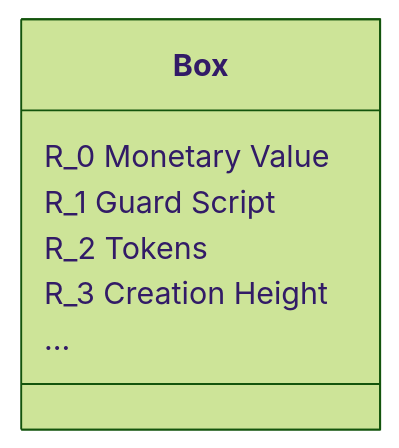
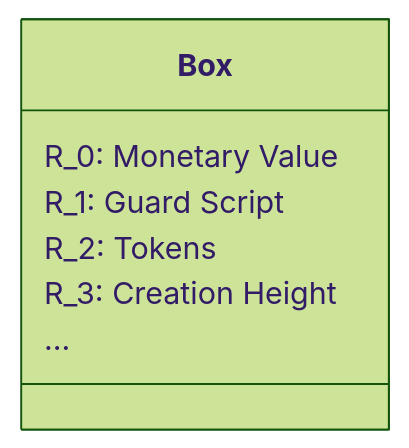
One commit to RalfWeiss/ergo-course-summary changed the first of 3 diagrams in ergoscript/data-model.md. Above: the diagram before and after it, drawn with Mermaid (forest theme). The commit also changed other lines of this file and 11 other files, not shown here.

Commit message:
trying different flow

````diff
--- a/ergoscript/data-model.md
+++ b/ergoscript/data-model.md
@@ -9,10 +9,10 @@
 ```mermaid
 classDiagram
 class Box{
-    R_0 Monetary Value
-    R_1 Guard Script
-    R_2 Tokens
-    R_3 Creation Height
+    R_0: Monetary Value
+    R_1: Guard Script
+    R_2: Tokens
+    R_3: Creation Height
     ...
 }
 ```
````
